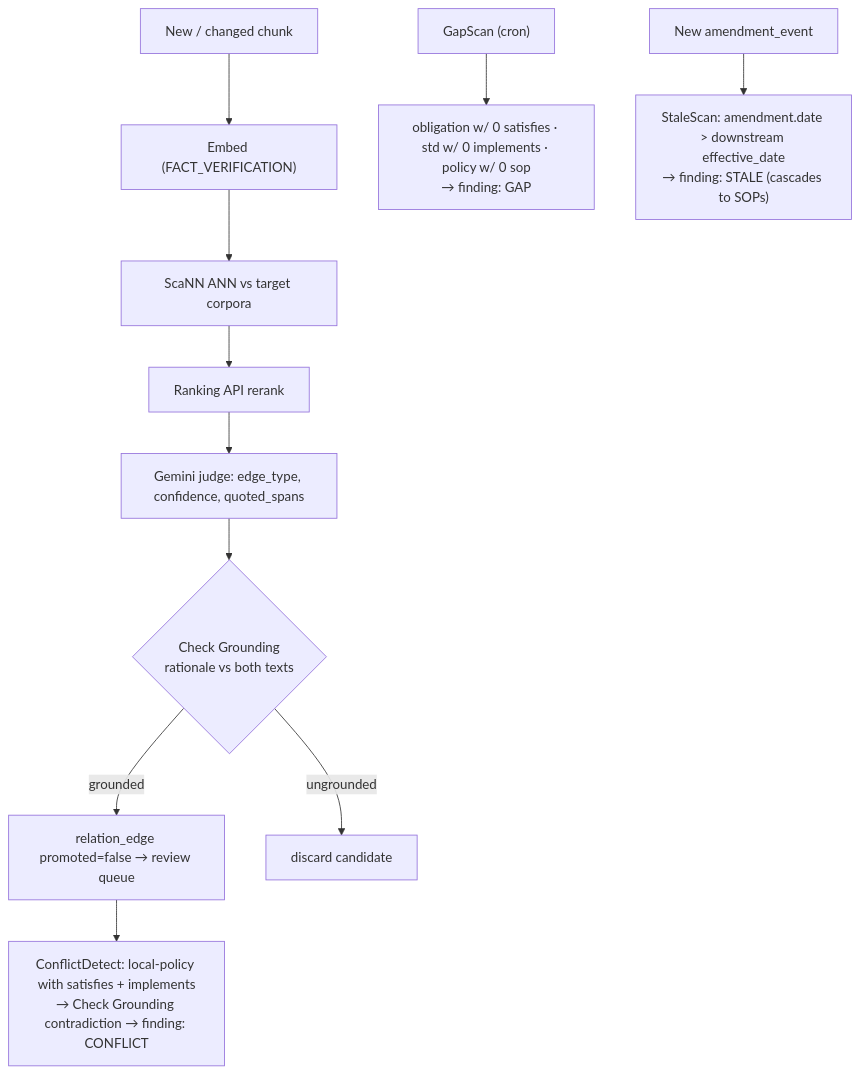
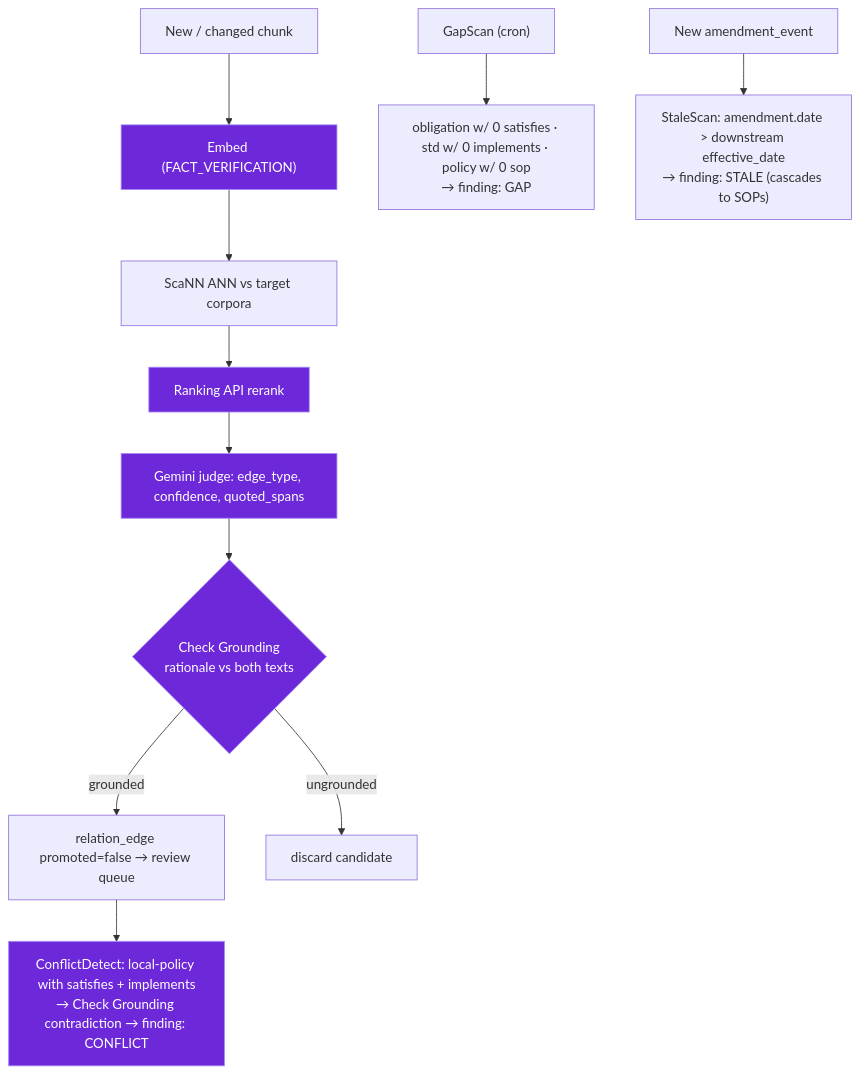
The fifth of 6 diagrams in docs/design/ARCHITECTURE.md (dannyota/mise), drawn with Mermaid before and after one commit. The commit also changed other lines of this file and 10 other files, not shown here.

First line of the commit message:
fix(docs): M7 design review — terminology, decisions, diagrams, schemas

````diff
--- a/docs/design/ARCHITECTURE.md
+++ b/docs/design/ARCHITECTURE.md
@@ -253,14 +253,17 @@
 ```mermaid
 flowchart TD
     chunk["New / changed chunk"] --> emb["Embed (FACT_VERIFICATION)"]
     emb --> ann["ScaNN ANN vs target corpora"]
     ann --> rr["Ranking API rerank"]
     rr --> judge["Gemini judge: edge_type, confidence, quoted_spans"]
     judge --> cg{"Check Grounding<br/>rationale vs both texts"}
     cg -->|grounded| edge["relation_edge promoted=false → review queue"]
     cg -->|ungrounded| drop["discard candidate"]
 
     edge --> conflict["ConflictDetect: local-policy with satisfies + implements<br/>→ Check Grounding contradiction → finding: CONFLICT"]
     gapcron["GapScan (cron)"] --> gap["obligation w/ 0 satisfies · std w/ 0 implements · policy w/ 0 sop<br/>→ finding: GAP"]
     amend["New amendment_event"] --> stale["StaleScan: amendment.date &gt; downstream effective_date<br/>→ finding: STALE (cascades to SOPs)"]
+
+    classDef ai fill:#6d28d9,stroke:#a78bfa,color:#fff
+    class emb,rr,judge,cg,conflict ai
 ```
````
